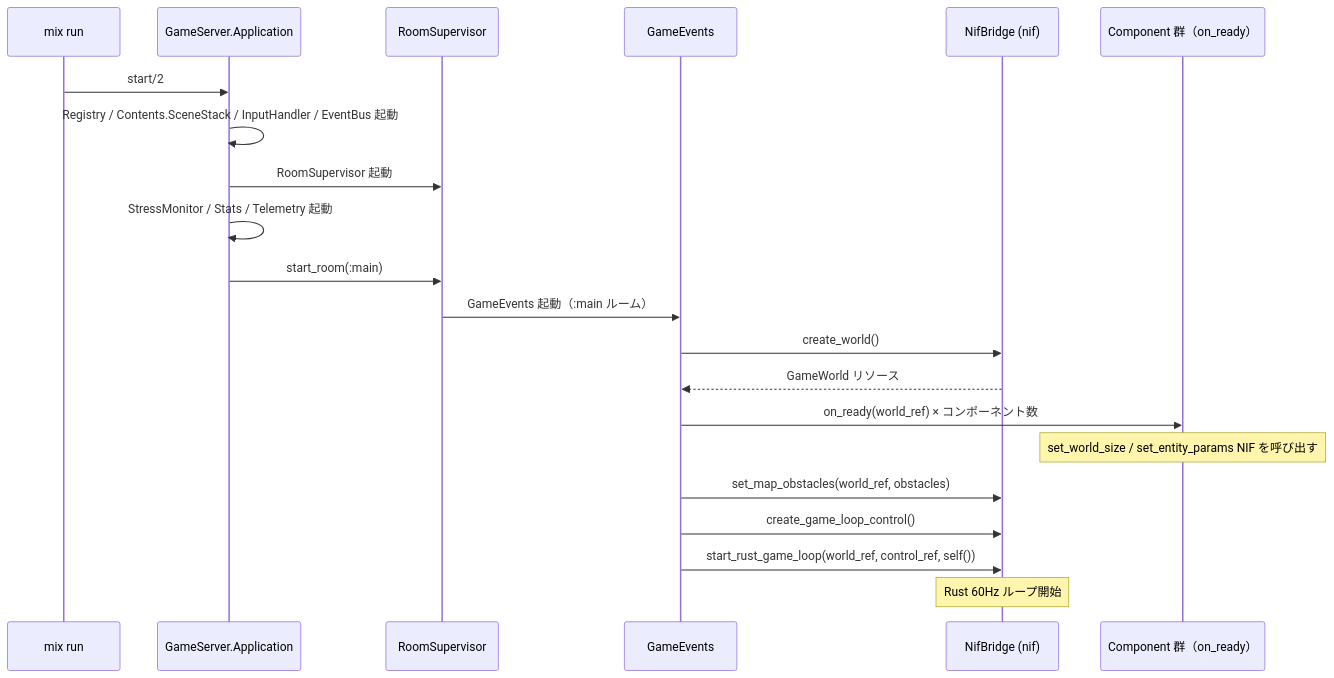
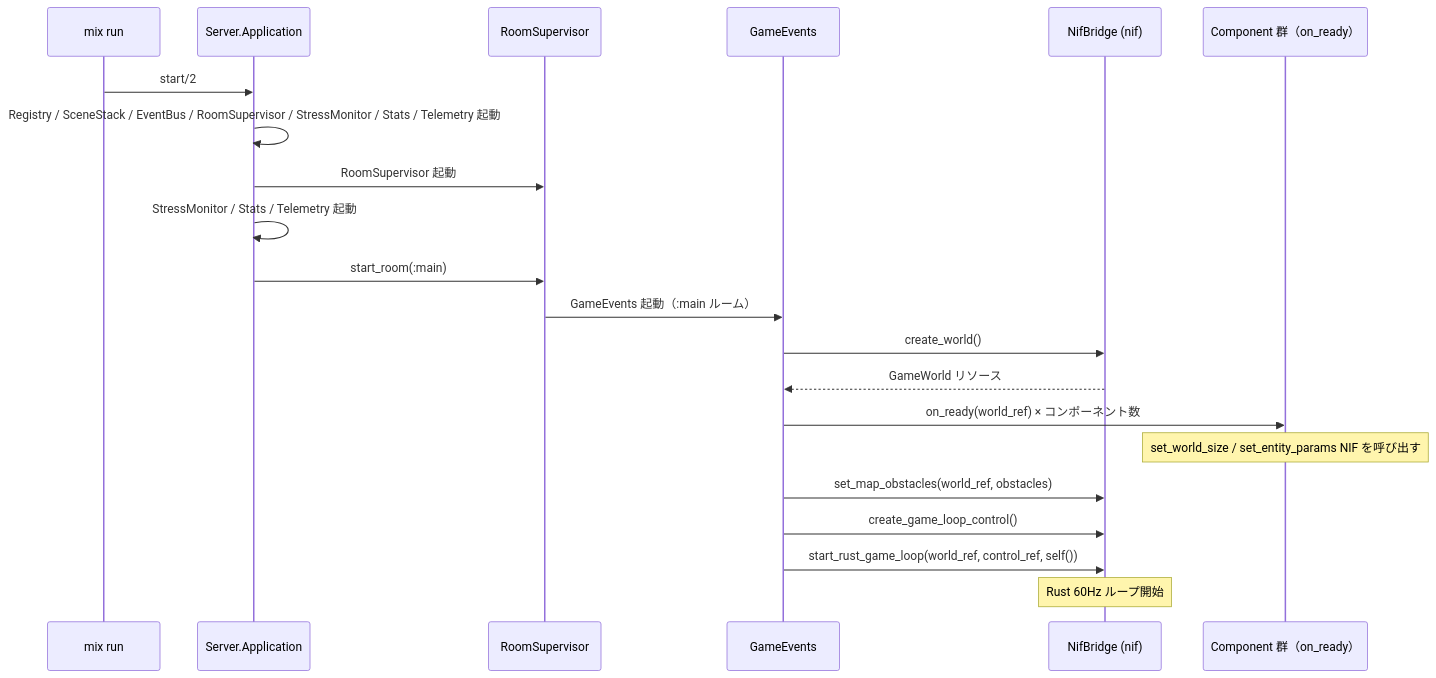
The fifth of 15 diagrams in docs/architecture/overview.md (FRICK-ELDY/alchemy-engine), drawn with Mermaid before and after one commit. The commit also changed other lines of this file and 10 other files, not shown here.

Commit message:
docs(architecture): コードベースに合わせて同期

````diff
--- a/docs/architecture/overview.md
+++ b/docs/architecture/overview.md
@@ -287,24 +299,24 @@
 ```mermaid
 sequenceDiagram
     participant MX as mix run
-    participant APP as GameServer.Application
+    participant APP as Server.Application
     participant RS as RoomSupervisor
     participant GEV as GameEvents
     participant NIF as NifBridge (nif)
     participant COMP as Component 群（on_ready）
 
     MX->>APP: start/2
-    APP->>APP: Registry / Contents.SceneStack / InputHandler / EventBus 起動
+    APP->>APP: Registry / SceneStack / EventBus / RoomSupervisor / StressMonitor / Stats / Telemetry 起動
     APP->>RS: RoomSupervisor 起動
     APP->>APP: StressMonitor / Stats / Telemetry 起動
     APP->>RS: start_room(:main)
     RS->>GEV: GameEvents 起動（:main ルーム）
     GEV->>NIF: create_world()
     NIF-->>GEV: GameWorld リソース
     GEV->>COMP: on_ready(world_ref) × コンポーネント数
     Note over COMP: set_world_size / set_entity_params NIF を呼び出す
     GEV->>NIF: set_map_obstacles(world_ref, obstacles)
     GEV->>NIF: create_game_loop_control()
     GEV->>NIF: start_rust_game_loop(world_ref, control_ref, self())
     Note over NIF: Rust 60Hz ループ開始
 ```
````
